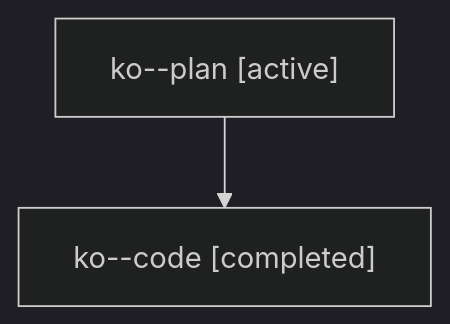
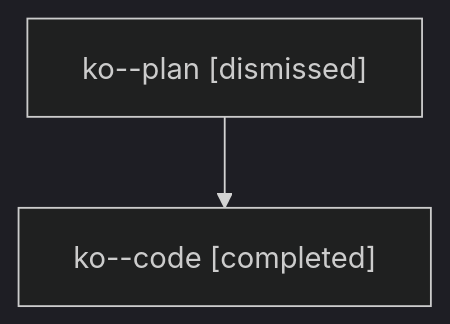
Before and after one commit to sase-org/sase--agents: the diagram in sessions/bbugyi200.athena.ko.md, drawn with Mermaid (dark theme). The commit also changed other lines of this file and 48 other files, not shown here.

````diff
--- a/sessions/bbugyi200.athena.ko.md
+++ b/sessions/bbugyi200.athena.ko.md
@@ -9,6 +9,6 @@
 ```mermaid
 flowchart TD
-  n0["ko--plan [active]"]
+  n0["ko--plan [dismissed]"]
   n1["ko--code [completed]"]
   n0 --> n1
 ```
````
